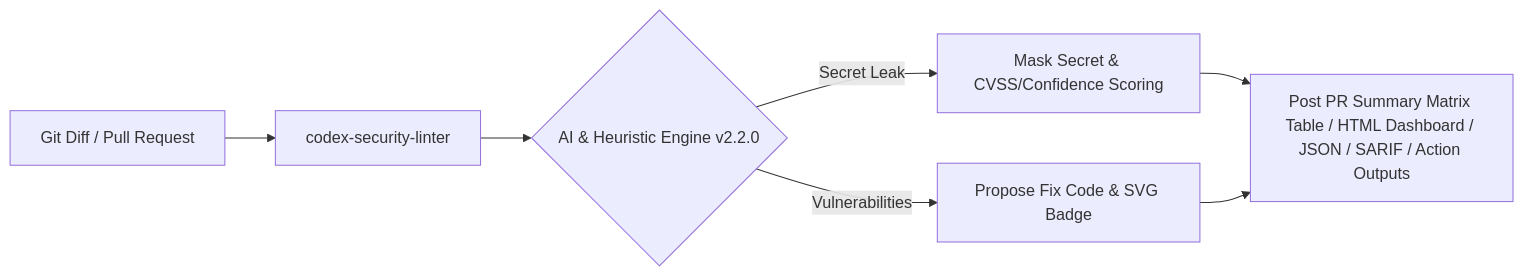
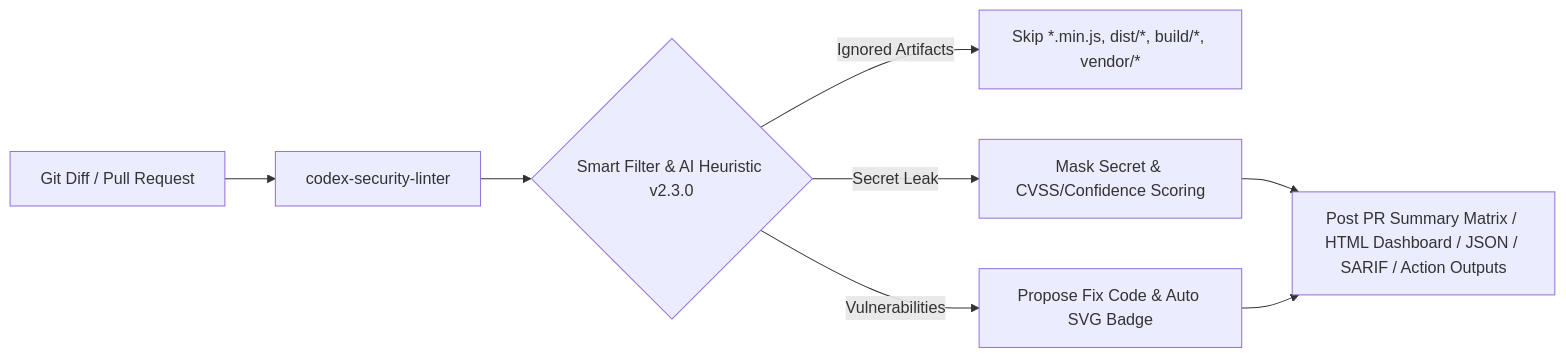
One commit to knmt1219/codex-security-linter changed the diagram in README.md. Above: the diagram before and after it, drawn with Mermaid. The commit also changed other lines of this file and 3 other files, not shown here.

Commit message:
feat(v2.3.0): add smart minified file ignore rules and automated badge export

````diff
--- a/README.md
+++ b/README.md
@@ -16,8 +16,9 @@
 ```mermaid
 graph LR
     A[Git Diff / Pull Request] --> B[codex-security-linter]
-    B --> C{AI & Heuristic Engine v2.2.0}
-    C -->|Secret Leak| D[Mask Secret & CVSS/Confidence Scoring]
-    C -->|Vulnerabilities| E[Propose Fix Code & SVG Badge]
-    D & E --> F[Post PR Summary Matrix Table / HTML Dashboard / JSON / SARIF / Action Outputs]
+    B --> C{Smart Filter & AI Heuristic v2.3.0}
+    C -->|Ignored Artifacts| D[Skip *.min.js, dist/*, build/*, vendor/*]
+    C -->|Secret Leak| E[Mask Secret & CVSS/Confidence Scoring]
+    C -->|Vulnerabilities| F[Propose Fix Code & Auto SVG Badge]
+    E & F --> G[Post PR Summary Matrix / HTML Dashboard / JSON / SARIF / Action Outputs]
 ```
````
